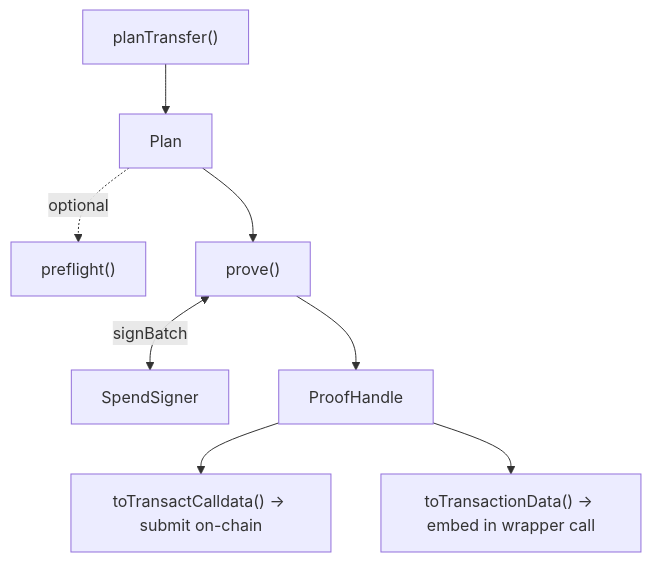
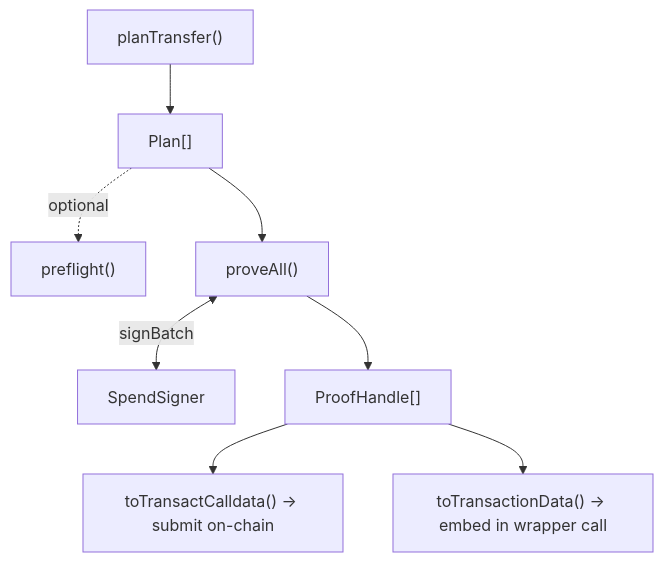
The diagram in docs/guide/transactions.md (ship-armada/armada-sdk), drawn with Mermaid before and after one commit. The commit also changed other lines of this file and 18 other files, not shown here.

````diff
--- a/docs/guide/transactions.md
+++ b/docs/guide/transactions.md
@@ -12,10 +12,10 @@
 ```mermaid
 flowchart TD
-  A["planTransfer()"] --> B[Plan]
+  A["planTransfer()"] --> B["Plan[]"]
   B -.->|optional| C["preflight()"]
-  B --> D["prove()"]
+  B --> D["proveAll()"]
   D <-->|signBatch| E[SpendSigner]
-  D --> F[ProofHandle]
+  D --> F["ProofHandle[]"]
   F --> G["toTransactCalldata() → submit on-chain"]
   F --> H["toTransactionData() → embed in wrapper call"]
 ```
````
